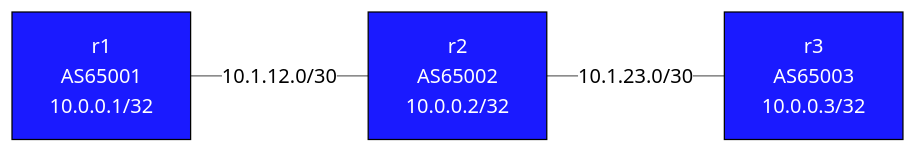
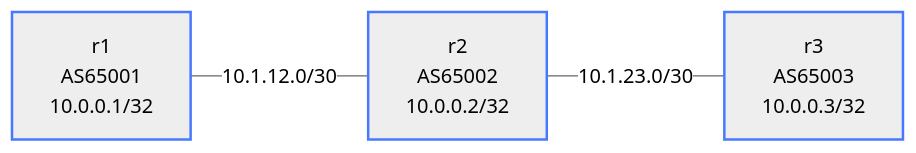
One commit to jschless/networkingLabs changed the diagram in labs/bfd-bgp/README.md. Above: the diagram before and after it, drawn with Mermaid (neutral theme). The commit also changed 250 other files, not shown here.

Commit message:
Fix unreadable topology diagrams, convert ASCII art, publish assessments (#57)

````diff
--- a/labs/bfd-bgp/README.md
+++ b/labs/bfd-bgp/README.md
@@ -20,12 +20,12 @@
 ```mermaid
 flowchart LR
-    r1["r1\nAS65001\n10.0.0.1/32"]
-    r2["r2\nAS65002\n10.0.0.2/32"]
-    r3["r3\nAS65003\n10.0.0.3/32"]
+    r1["r1<br/>AS65001<br/>10.0.0.1/32"]
+    r2["r2<br/>AS65002<br/>10.0.0.2/32"]
+    r3["r3<br/>AS65003<br/>10.0.0.3/32"]
 
     r1 -- "10.1.12.0/30" --- r2
     r2 -- "10.1.23.0/30" --- r3
 
-    classDef router fill:#1a1aff,color:#fff,stroke:#000
+    classDef router stroke:#4778ff,stroke-width:2px
     class r1,r2,r3 router
 ```
````
